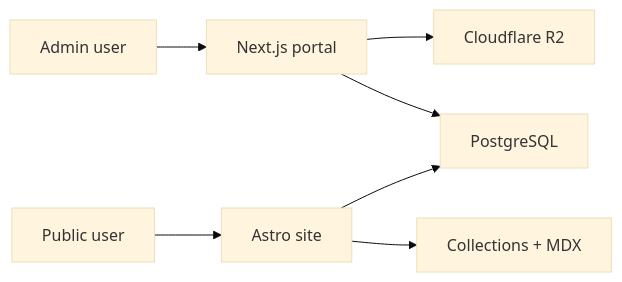
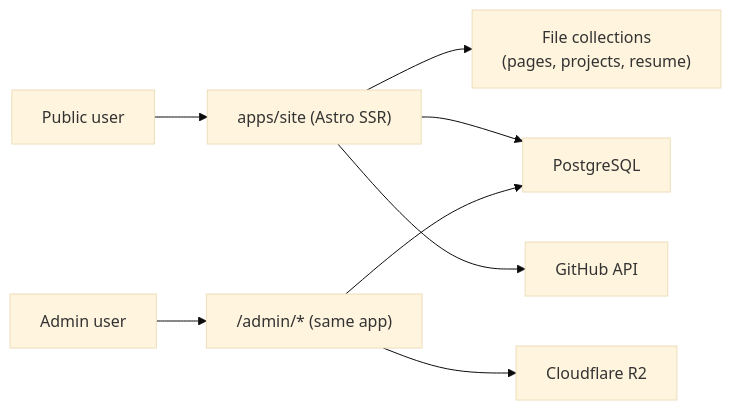
Before and after one commit to stevenfackley/steveackley-website: the diagram in docs/DATA_FLOW.md, drawn with Mermaid (base theme). The commit also changed other lines of this file and 9 other files, not shown here.

````diff
--- a/docs/DATA_FLOW.md
+++ b/docs/DATA_FLOW.md
@@ -5,9 +5,10 @@
 ```mermaid
 flowchart LR
-    admin["Admin user"] --> portal["Next.js portal"]
-    portal --> db["PostgreSQL"]
-    portal --> r2["Cloudflare R2"]
-    public["Public user"] --> site["Astro site"]
-    site --> content["Collections + MDX"]
-    site --> db
+    public["Public user"] --> site["apps/site (Astro SSR)"]
+    admin["Admin user"] --> adminUI["/admin/* (same app)"]
+    site --> content["File collections<br/>(pages, projects, resume)"]
+    site --> db["PostgreSQL"]
+    site --> github["GitHub API"]
+    adminUI --> db
+    adminUI --> r2["Cloudflare R2"]
 ```
````
